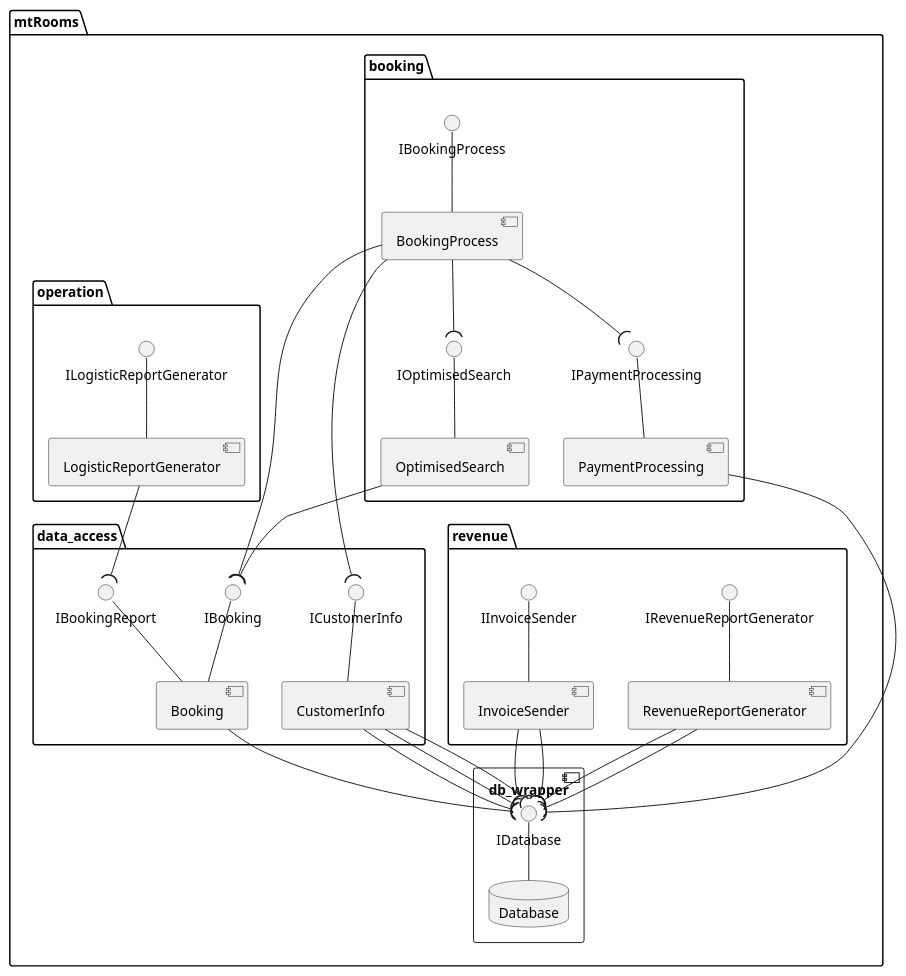
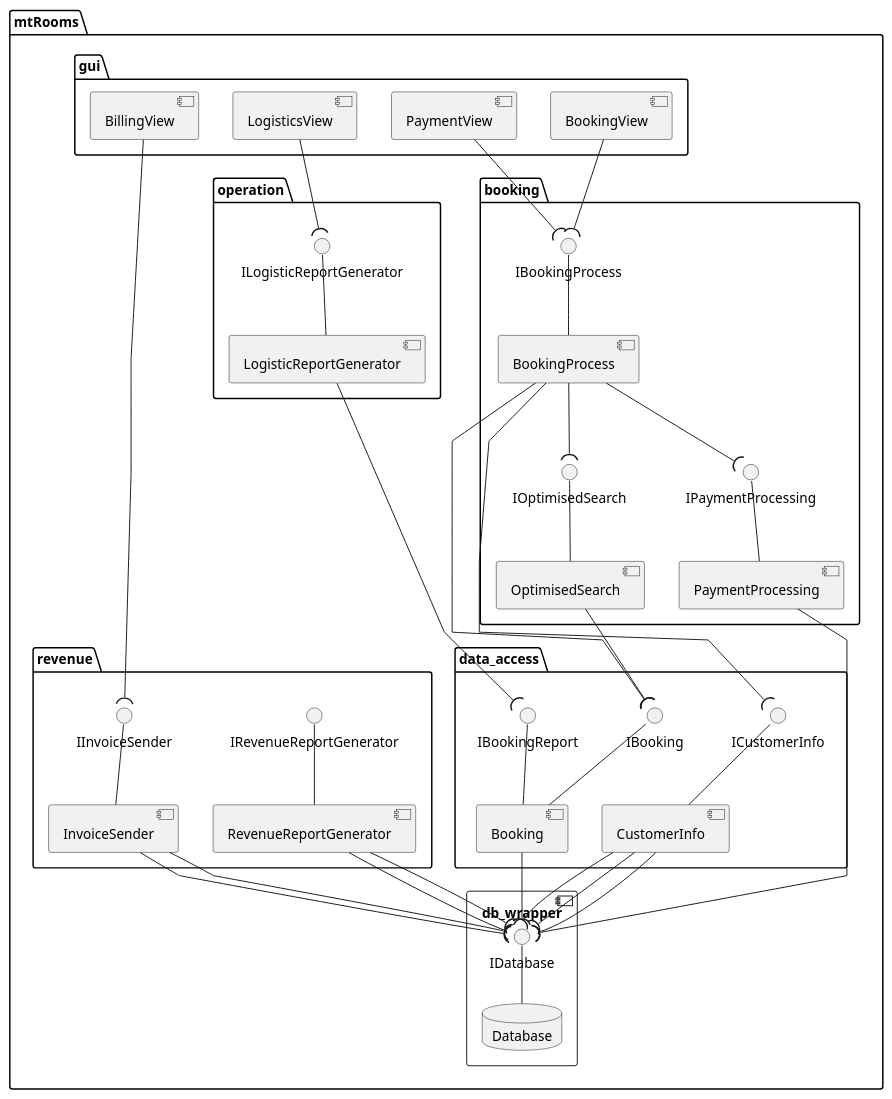
One commit to BBKbeam/mtRooms changed the diagram in docs/uml/architecture.puml. Above: the diagram before and after it, drawn with PlantUML.

Commit message:
[UML] Added GUI view components to the architecture

```diff
--- a/docs/uml/architecture.puml
+++ b/docs/uml/architecture.puml
@@ -1,76 +1,88 @@
 @startuml
 
 'skinparam linetype ortho
-'skinparam linetype polyline
+skinparam linetype polyline
 
 package mtRooms {
+    package "gui" {
+        [BillingView]
+        [LogisticsView]
+        [BookingView]
+        [PaymentView]
+    }
+
     package "booking" {
         interface IBookingProcess
         [BookingProcess]
         interface IOptimisedSearch
         [OptimisedSearch]
         interface IPaymentProcessing
         [PaymentProcessing]
 
         IBookingProcess -- BookingProcess
         IOptimisedSearch -- OptimisedSearch
 
         BookingProcess --( IOptimisedSearch
     }
 
     package "data_access" {
         interface IBooking
         interface IBookingReport
         [Booking]
         interface ICustomerInfo
         [CustomerInfo]
 
         IBooking -- Booking
         IBookingReport -- Booking
         ICustomerInfo -- CustomerInfo
         IPaymentProcessing -- PaymentProcessing
     }
 
     package "revenue" {
         [RevenueReportGenerator]
         interface IRevenueReportGenerator
         [InvoiceSender]
         interface IInvoiceSender
 
         IRevenueReportGenerator -- RevenueReportGenerator
         IInvoiceSender -- InvoiceSender
     }
 
     package "operation" {
         [LogisticReportGenerator]
         interface ILogisticReportGenerator
 
         ILogisticReportGenerator -- LogisticReportGenerator
     }
 
     component db_wrapper {
         interface IDatabase
         database Database
 
         IDatabase -- Database
     }
 
+    IInvoiceSender )-up- BillingView
+    ILogisticReportGenerator )-up- LogisticsView
+    BookingView --( IBookingProcess
+    PaymentView --( IBookingProcess
+
     BookingProcess --( IPaymentProcessing
     BookingProcess --( IBooking
     BookingProcess --( ICustomerInfo
     OptimisedSearch --( IBooking
 
     Booking --( IDatabase
     CustomerInfo --( IDatabase
     CustomerInfo --( IDatabase
     CustomerInfo --( IDatabase
 
     PaymentProcessing --( IDatabase
     LogisticReportGenerator --( IBookingReport
     InvoiceSender --( IDatabase
     InvoiceSender --( IDatabase
     RevenueReportGenerator --( IDatabase
     RevenueReportGenerator --( IDatabase
 }
 
 @enduml
```
